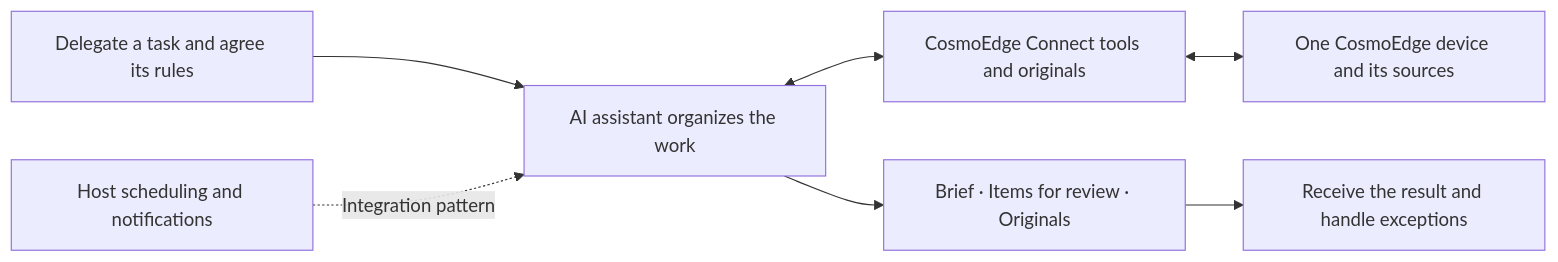
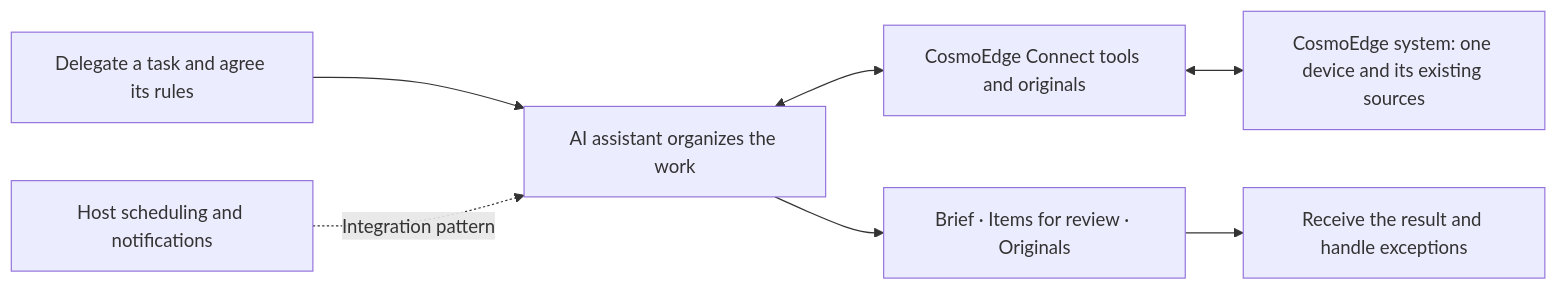
Before and after one commit to cosmo-wander-ai/cosmoedge-connect: the diagram in README.md, drawn with Mermaid. The commit also changed other lines of this file and 3 other files, not shown here.

First line of the commit message:
docs: introduce CosmoEdge system before Connect workflows (#3)

````diff
--- a/README.md
+++ b/README.md
@@ -57,9 +69,9 @@
 ```mermaid
 flowchart LR
     User[Delegate a task and agree its rules] --> Assistant[AI assistant organizes the work]
     Assistant <--> Connect[CosmoEdge Connect tools and originals]
-    Connect <--> Device[One CosmoEdge device and its sources]
+    Connect <--> System["CosmoEdge system: one device and its existing sources"]
     Assistant --> Results[Brief · Items for review · Originals]
     Results --> Review[Receive the result and handle exceptions]
     Host[Host scheduling and notifications] -. Integration pattern .-> Assistant
 ```
````
